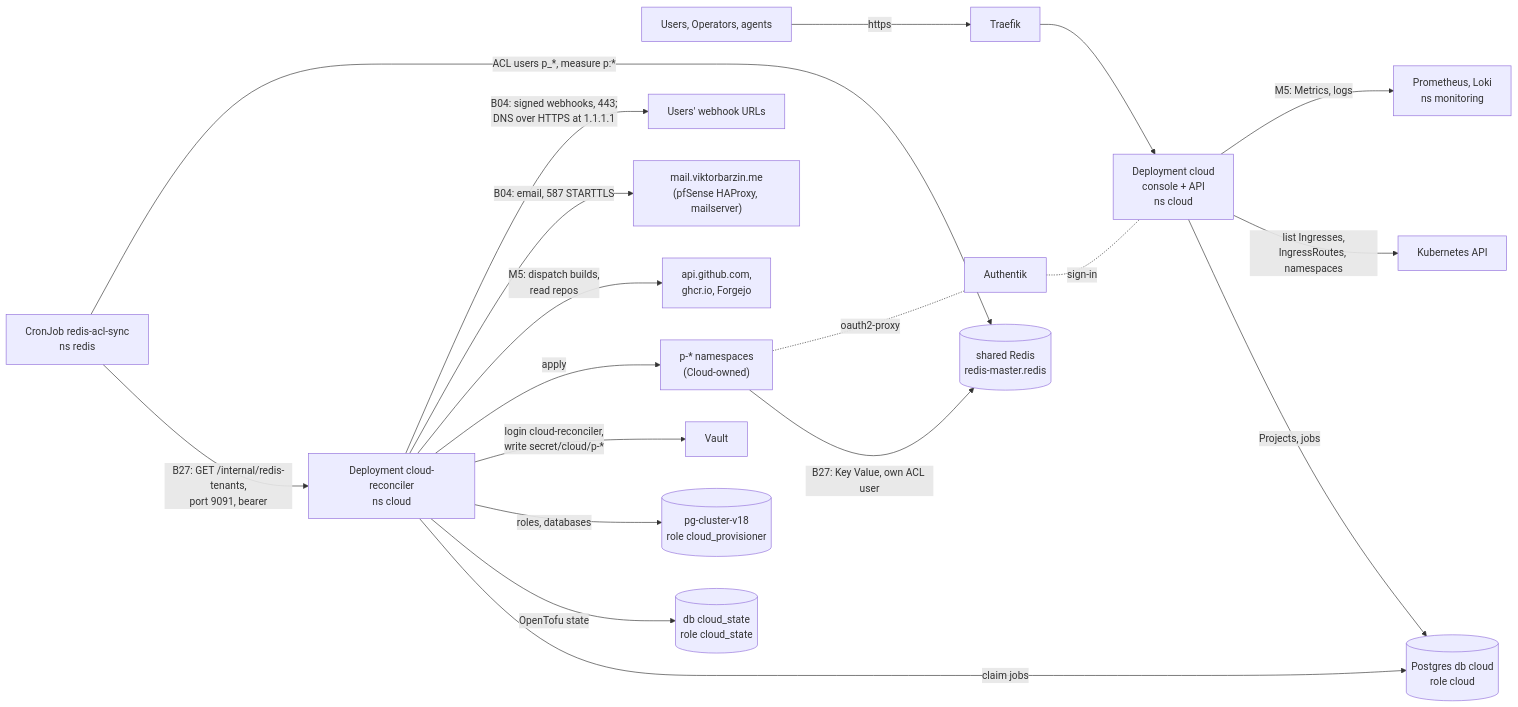
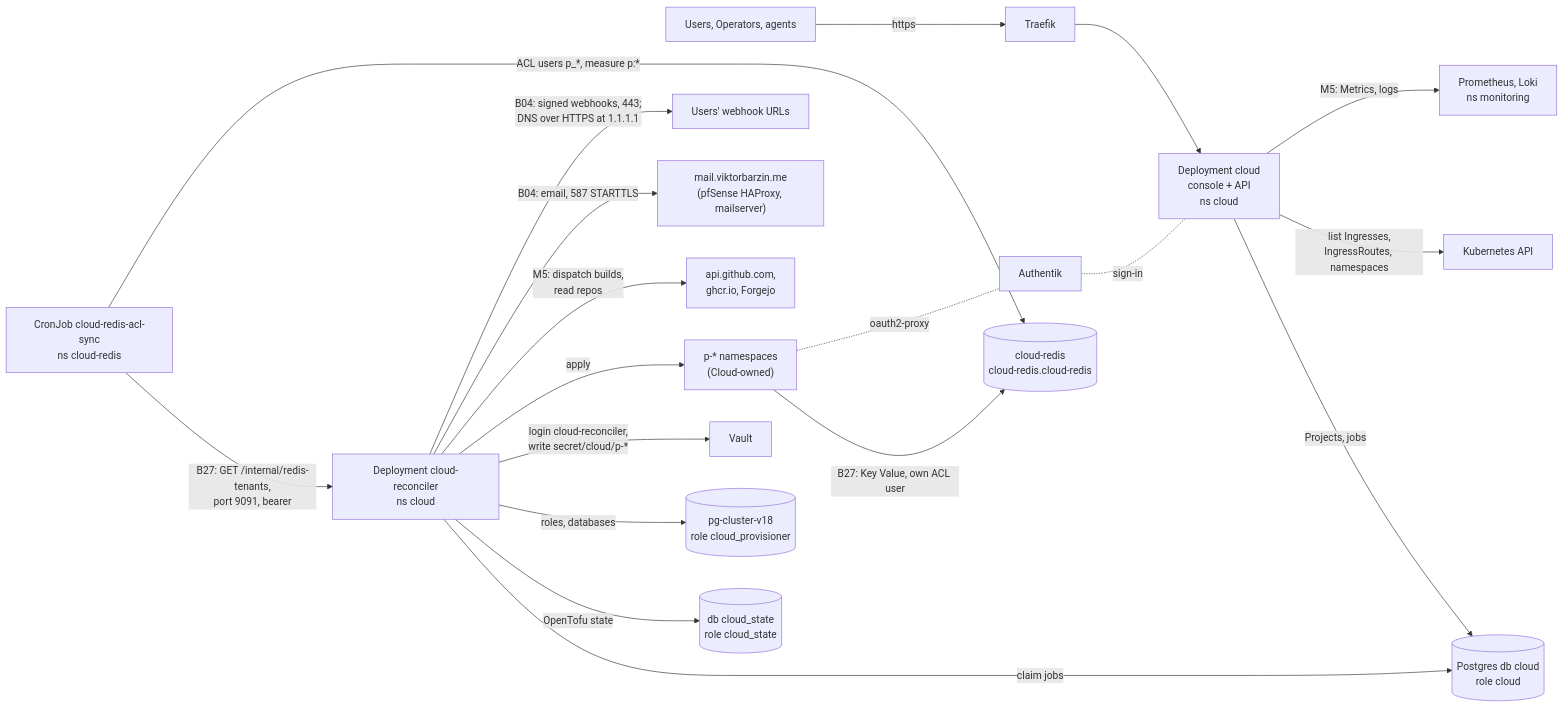
The first of 3 diagrams in docs/architecture/cloud.md (ViktorBarzin/infra), drawn with Mermaid before and after one commit. The commit also changed other lines of this file and 27 other files, not shown here.

First line of the commit message:
cloud-redis: a Redis of its own for Cloud Key Values (B27 option b)

````diff
--- a/docs/architecture/cloud.md
+++ b/docs/architecture/cloud.md
@@ -15,21 +15,21 @@
 ```mermaid
 flowchart LR
   U["Users, Operators, agents"] -->|https| T[Traefik]
   T --> C["Deployment cloud<br/>console + API<br/>ns cloud"]
   C -->|Projects, jobs| DB[("Postgres db cloud<br/>role cloud")]
   C -->|list Ingresses,<br/>IngressRoutes, namespaces| K[Kubernetes API]
   R["Deployment cloud-reconciler<br/>ns cloud"] -->|claim jobs| DB
   R -->|OpenTofu state| ST[("db cloud_state<br/>role cloud_state")]
   R -->|roles, databases| PG[("pg-cluster-v18<br/>role cloud_provisioner")]
   R -->|login cloud-reconciler,<br/>write secret/cloud/p-*| V[Vault]
   R -->|apply| P["p-* namespaces<br/>(Cloud-owned)"]
   R -->|M5: dispatch builds,<br/>read repos| GH["api.github.com,<br/>ghcr.io, Forgejo"]
   R -->|B04: email, 587 STARTTLS| MS["mail.viktorbarzin.me<br/>(pfSense HAProxy, mailserver)"]
   R -->|B04: signed webhooks, 443;<br/>DNS over HTTPS at 1.1.1.1| WH["Users' webhook URLs"]
   C -->|M5: Metrics, logs| M["Prometheus, Loki<br/>ns monitoring"]
-  RS["CronJob redis-acl-sync<br/>ns redis"] -->|B27: GET /internal/redis-tenants,<br/>port 9091, bearer| R
-  RS -->|ACL users p_*, measure p:*| RD[("shared Redis<br/>redis-master.redis")]
+  RS["CronJob cloud-redis-acl-sync<br/>ns cloud-redis"] -->|B27: GET /internal/redis-tenants,<br/>port 9091, bearer| R
+  RS -->|ACL users p_*, measure p:*| RD[("cloud-redis<br/>cloud-redis.cloud-redis")]
   P -->|B27: Key Value, own ACL user| RD
   A[Authentik] -. sign-in .- C
   P -. oauth2-proxy .- A
 ```
````
